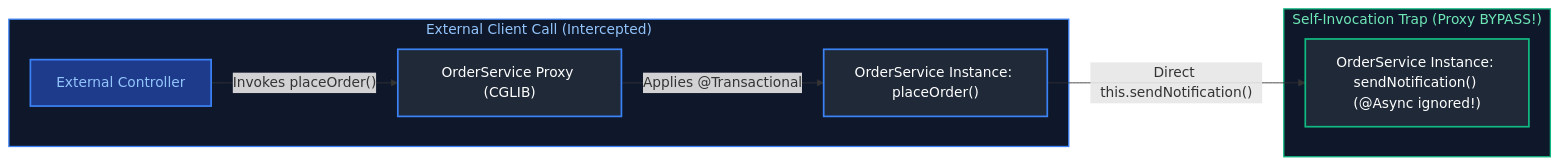
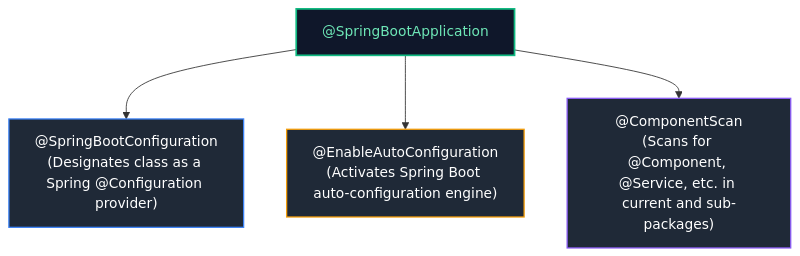
One commit to joydeep-biswas/Interview-Preparation changed diagram 15 of 19 in Java Backend Engineering/07_spring_framework_spring_boot.md. Above: the diagram before and after it, drawn with Mermaid. The commit also changed other lines of this file and 143 other files, not shown here.

````diff
--- a/Java Backend Engineering/07_spring_framework_spring_boot.md
+++ b/Java Backend Engineering/07_spring_framework_spring_boot.md
@@ -613,19 +1294,12 @@
 ```mermaid
-flowchart LR
-    subgraph External_Call["External Client Call (Intercepted)"]
-        Client1["External Controller"] -->|"Invokes placeOrder()"| ProxyObj["OrderService Proxy (CGLIB)"]
-        ProxyObj -->|"Applies @Transactional"| TargetObj1["OrderService Instance: placeOrder()"]
-    end
+flowchart TD
+    SBA["@SpringBootApplication"]
+    SBA --> SBC["@SpringBootConfiguration<br/>(Designates class as a Spring @Configuration provider)"]
+    SBA --> EAC["@EnableAutoConfiguration<br/>(Activates Spring Boot auto-configuration engine)"]
+    SBA --> CS["@ComponentScan<br/>(Scans for @Component, @Service, etc. in current and sub-packages)"]
 
-    subgraph Internal_Call["Self-Invocation Trap (Proxy BYPASS!)"]
-        TargetObj1 -->|"Direct this.sendNotification()"| TargetMethod2["OrderService Instance: sendNotification() (@Async ignored!)"]
-    end
-
-    style External_Call fill:#0f172a,stroke:#3b82f6,stroke-width:1.5px,color:#93c5fd
-    style Internal_Call fill:#0f172a,stroke:#10b981,stroke-width:1.5px,color:#6ee7b7
-
-    style Client1 fill:#1e3a8a,stroke:#3b82f6,stroke-width:2px,color:#93c5fd
-    style ProxyObj fill:#1f2937,stroke:#3b82f6,stroke-width:2px,color:#fff
-    style TargetObj1 fill:#1f2937,stroke:#3b82f6,stroke-width:2px,color:#fff
-    style TargetMethod2 fill:#1f2937,stroke:#10b981,stroke-width:2px,color:#fff
+    style SBA fill:#0f172a,stroke:#10b981,stroke-width:2px,color:#6ee7b7
+    style SBC fill:#1f2937,stroke:#3b82f6,stroke-width:1.5px,color:#fff
+    style EAC fill:#1f2937,stroke:#f59e0b,stroke-width:1.5px,color:#fff
+    style CS fill:#1f2937,stroke:#8b5cf6,stroke-width:1.5px,color:#fff
 ```
````
